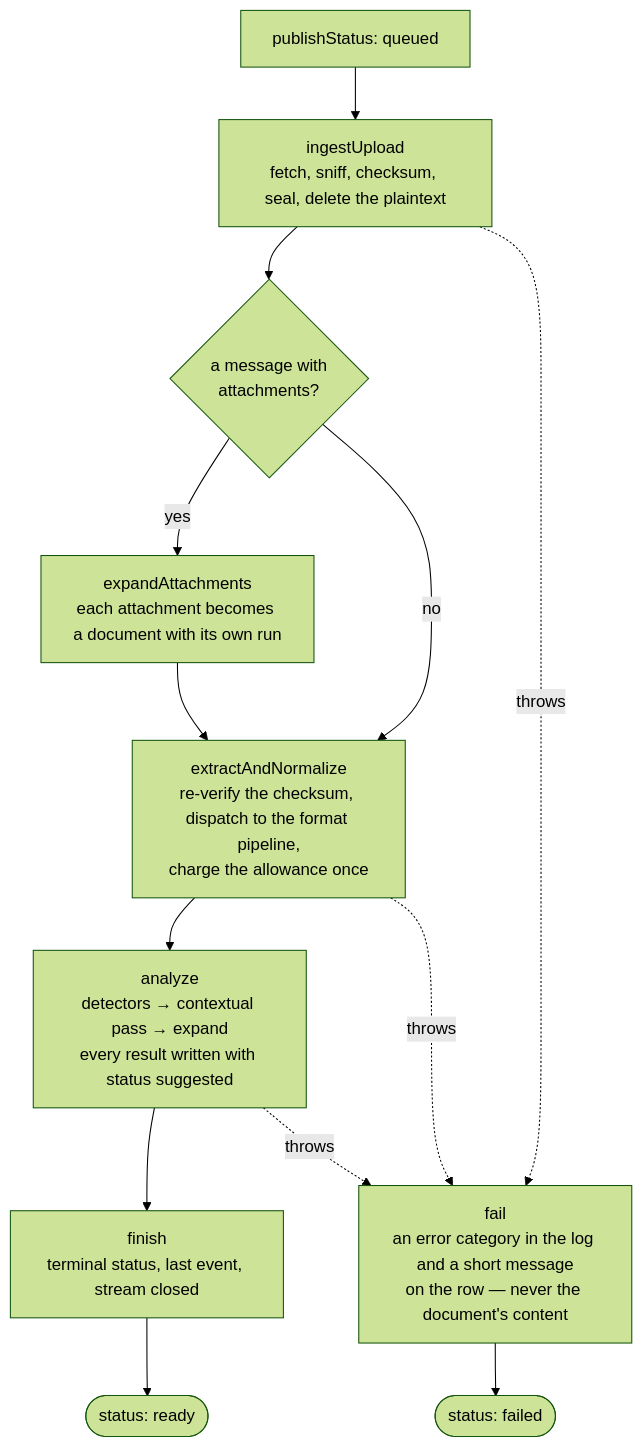
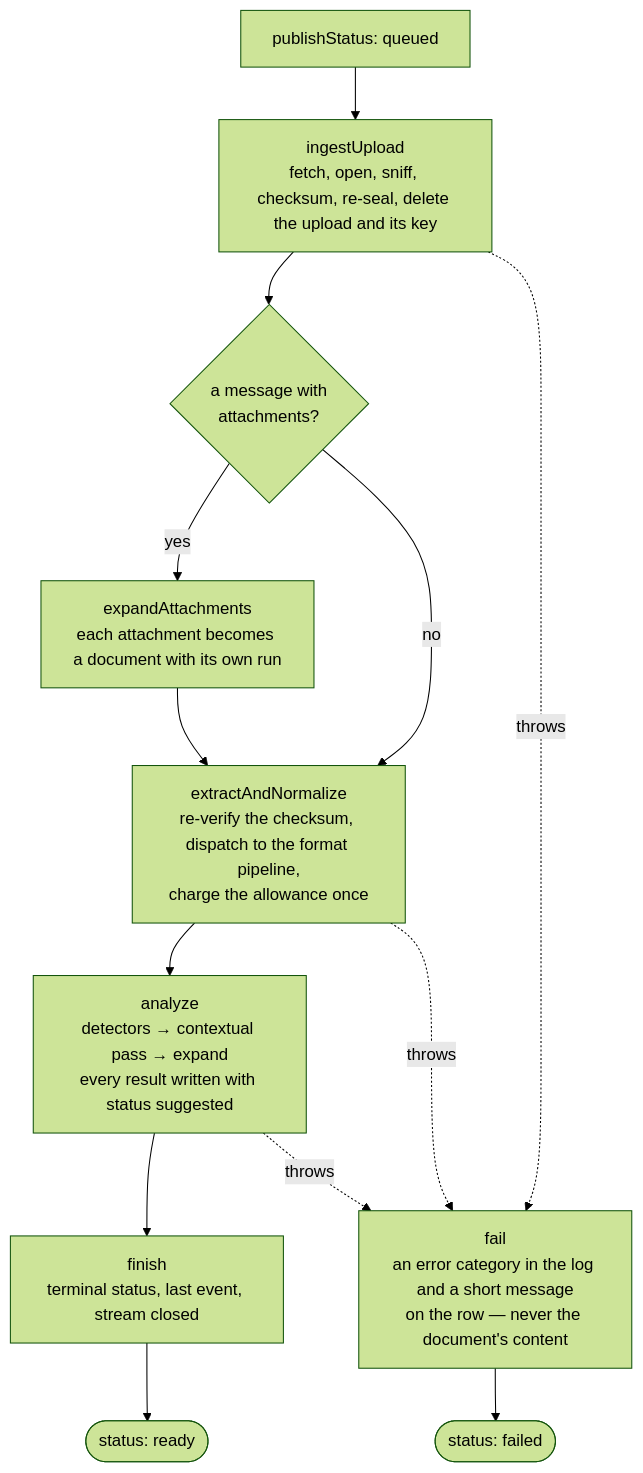
The first of 2 diagrams in docs/workflow.md (Anonify-v2-0/Anonify2.0), drawn with Mermaid (forest theme) before and after one commit. The commit also changed other lines of this file and 32 other files, not shown here.

````diff
--- a/docs/workflow.md
+++ b/docs/workflow.md
@@ -124,15 +124,15 @@
 ```mermaid
 flowchart TD
-    Q["publishStatus: queued"] --> ING["ingestUpload<br/>fetch, sniff, checksum, seal, delete the plaintext"]
+    Q["publishStatus: queued"] --> ING["ingestUpload<br/>fetch, open, sniff, checksum, re-seal, delete the upload and its key"]
     ING --> ATT{"a message with<br/>attachments?"}
     ATT -- yes --> CH["expandAttachments<br/>each attachment becomes a document with its own run"]
     ATT -- no --> EX
     CH --> EX["extractAndNormalize<br/>re-verify the checksum, dispatch to the format pipeline,<br/>charge the allowance once"]
     EX --> AN["analyze<br/>detectors → contextual pass → expand<br/>every result written with status suggested"]
     AN --> FIN["finish<br/>terminal status, last event, stream closed"]
     ING -. throws .-> F["fail<br/>an error category in the log and a short message<br/>on the row — never the document's content"]
     EX -. throws .-> F
     AN -. throws .-> F
     FIN --> DONE(["status: ready"])
     F --> STOP(["status: failed"])
 ```
````
